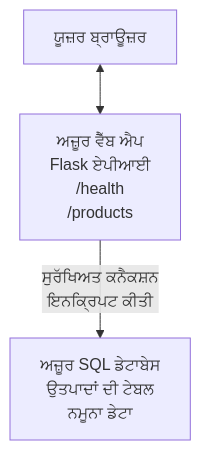
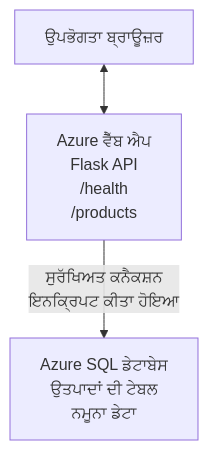
Before and after one commit to microsoft/AZD-for-beginners: the diagram in translations/pa/examples/database-app/README.md, drawn with Mermaid. The commit also changed other lines of this file and 104 other files, not shown here.

````diff
--- a/translations/pa/examples/database-app/README.md
+++ b/translations/pa/examples/database-app/README.md
@@ -73,5 +72,5 @@
 ```mermaid
 graph TD
-    Browser[ਯੂਜ਼ਰ ਬ੍ਰਾਊਜ਼ਰ] <--> WebApp[ਅਜ਼ੂਰ ਵੈੱਬ ਐਪ<br/>Flask ਏਪੀਆਈ<br/>/health<br/>/products]
-    WebApp -- ਸੁਰੱਖਿਅਤ ਕਨੈਕਸ਼ਨ<br/>ਇਨਕ੍ਰਿਪਟ ਕੀਤੀ --> SQL[ਅਜ਼ੂਰ SQL ਡੇਟਾਬੇਸ<br/>ਉਤਪਾਦਾਂ ਦੀ ਟੇਬਲ<br/>ਨਮੂਨਾ ਡੇਟਾ]
+    Browser[ਉਪਭੋਗਤਾ ਬ੍ਰਾਊਜ਼ਰ] <--> WebApp[Azure ਵੈੱਬ ਐਪ<br/>Flask API<br/>/health<br/>/products]
+    WebApp -- ਸੁਰੱਖਿਅਤ ਕਨੈਕਸ਼ਨ<br/>ਇਨਕ੍ਰਿਪਟ ਕੀਤਾ ਹੋਇਆ --> SQL[Azure SQL ਡੇਟਾਬੇਸ<br/>ਉਤਪਾਦਾਂ ਦੀ ਟੇਬਲ<br/>ਨਮੂਨਾ ਡੇਟਾ]
 ```
````
